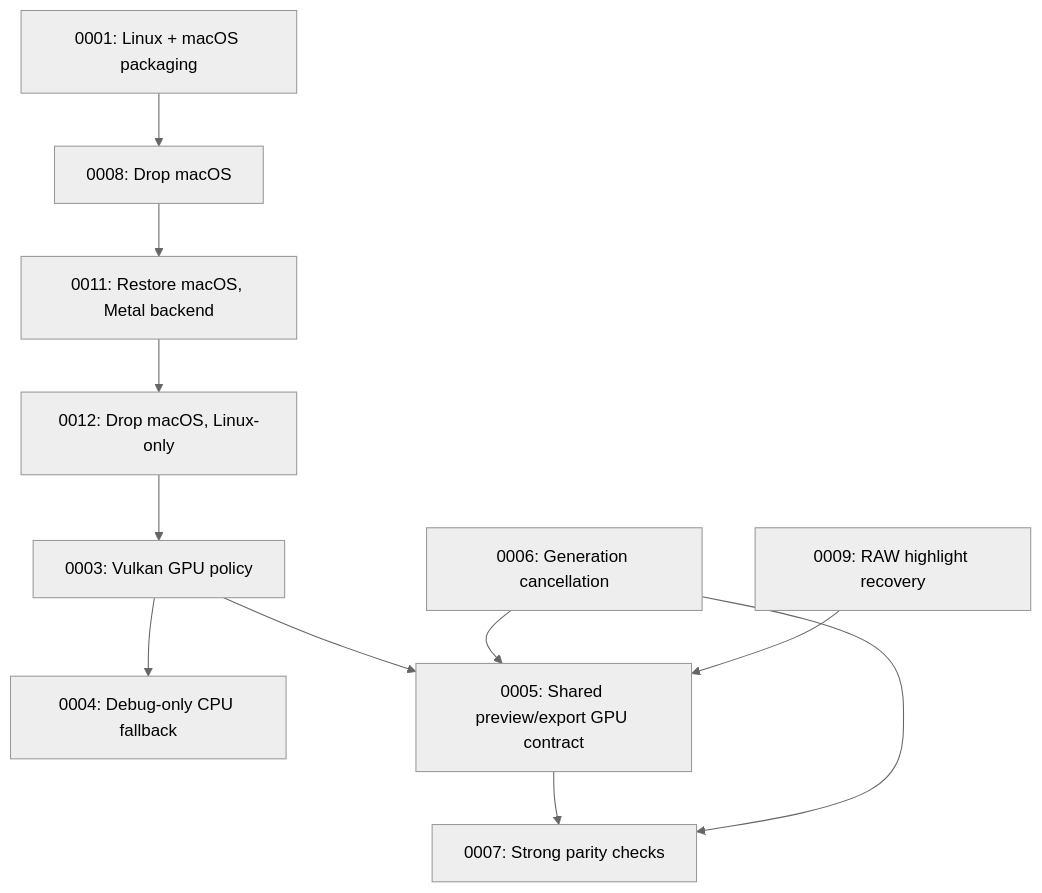
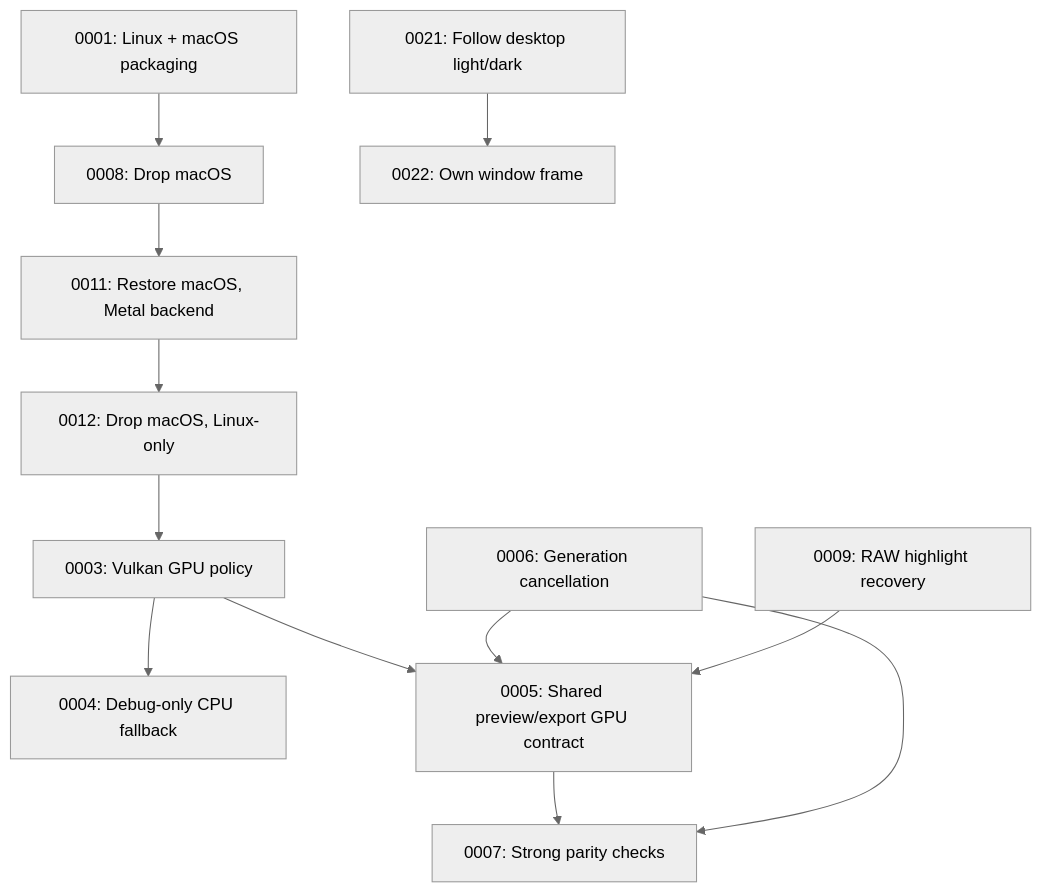
Before and after one commit to divanvisagie/Photograph: the diagram in docs/adr/README.md, drawn with Mermaid (neutral theme). The commit also changed other lines of this file and 9 other files, not shown here.

Commit message:
Draw Photograph's own window frame and follow the desktop's light/dark setting (ADR-0021, ADR-0022)

````diff
--- a/docs/adr/README.md
+++ b/docs/adr/README.md
@@ -64,13 +66,14 @@
 ```mermaid
 flowchart TD
     P1[0001: Linux + macOS packaging] --> P8[0008: Drop macOS]
     P8 --> P11[0011: Restore macOS, Metal backend]
     P11 --> P12[0012: Drop macOS, Linux-only]
     P12 --> A[0003: Vulkan GPU policy]
     A --> B[0004: Debug-only CPU fallback]
     A --> C[0005: Shared preview/export GPU contract]
     C --> E[0007: Strong parity checks]
     D[0006: Generation cancellation] --> C
     D --> E
     F[0009: RAW highlight recovery] --> C
+    T[0021: Follow desktop light/dark] --> W[0022: Own window frame]
 ```
````
